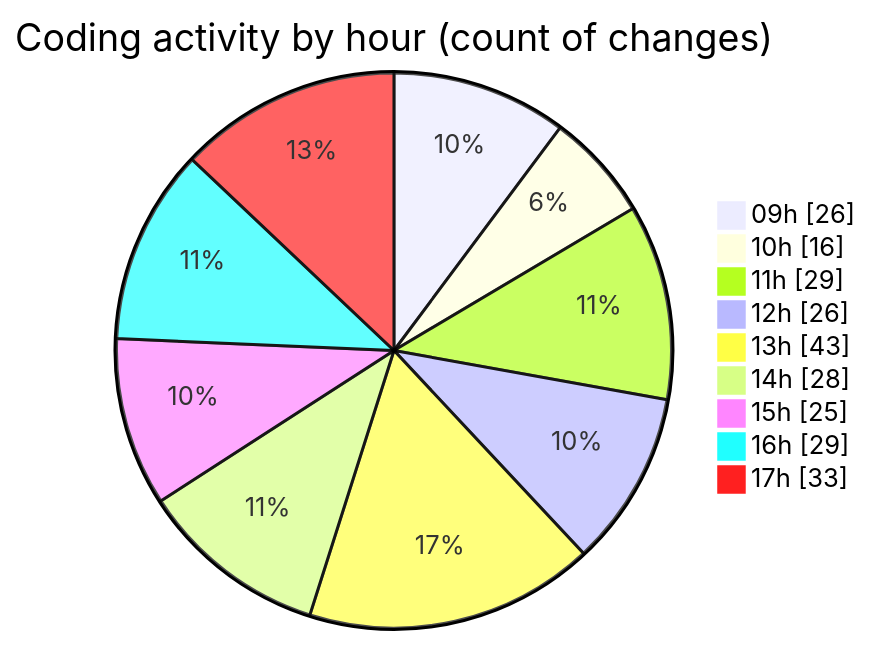
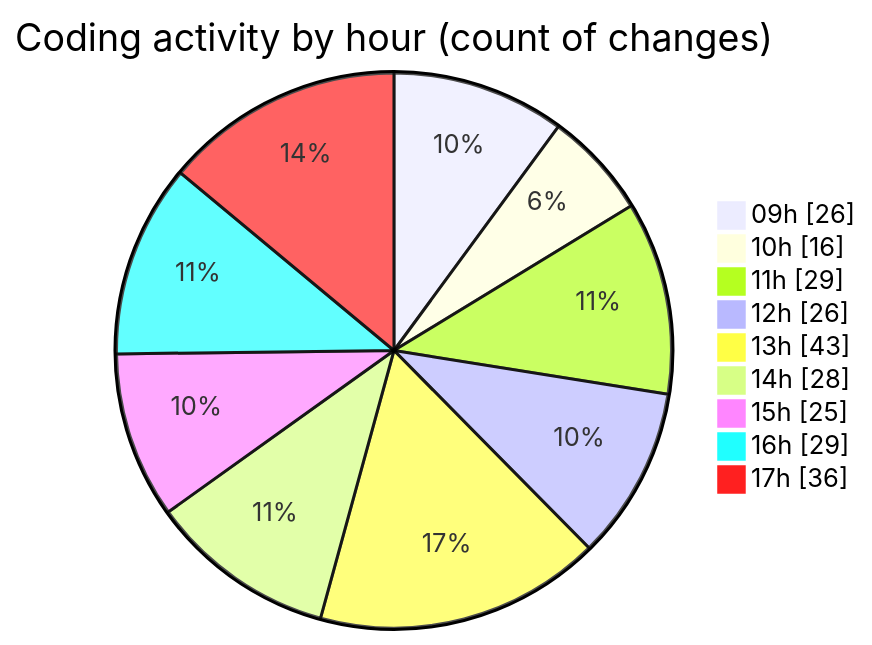
The second of 2 diagrams in 2025-11-17/cda/README.md (momahboobian/code-tracking), drawn with Mermaid before and after one commit. The commit also changed other lines of this file and 1 other file, not shown here.

````diff
--- a/2025-11-17/cda/README.md
+++ b/2025-11-17/cda/README.md
@@ -46,13 +46,13 @@
 ```mermaid
 pie showData
 title Coding activity by hour (count of changes)
 "09h" : 26
 "10h" : 16
 "11h" : 29
 "12h" : 26
 "13h" : 43
 "14h" : 28
 "15h" : 25
 "16h" : 29
-"17h" : 33
+"17h" : 36
 ```
````
